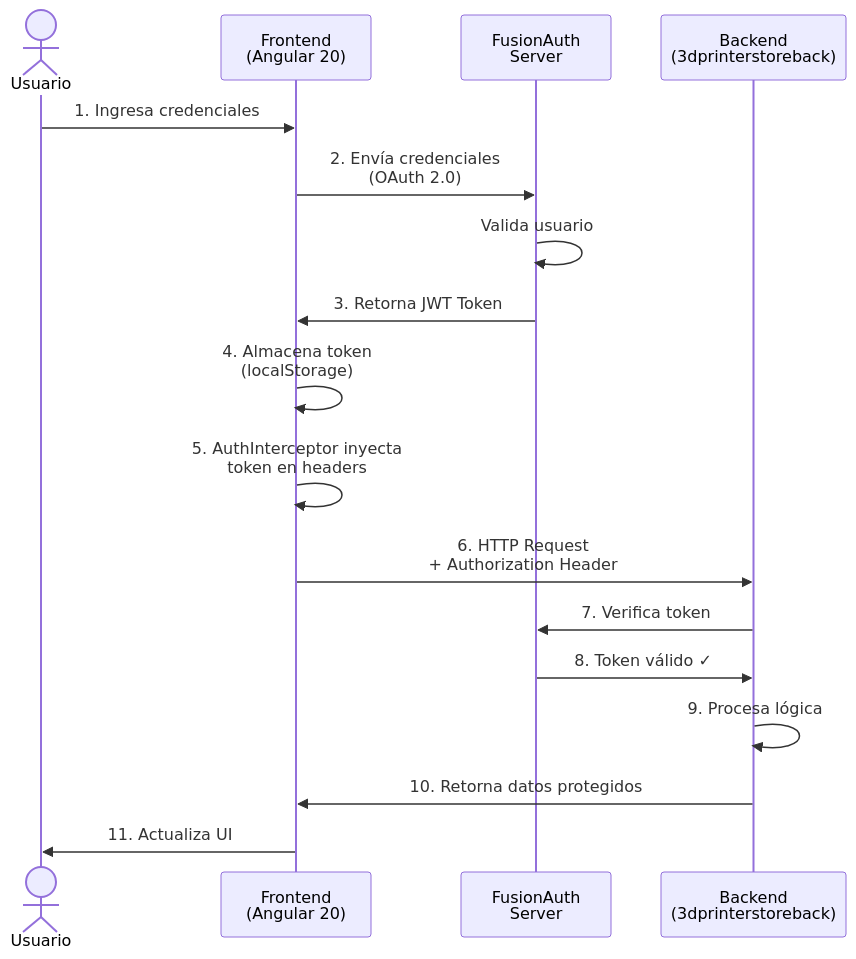
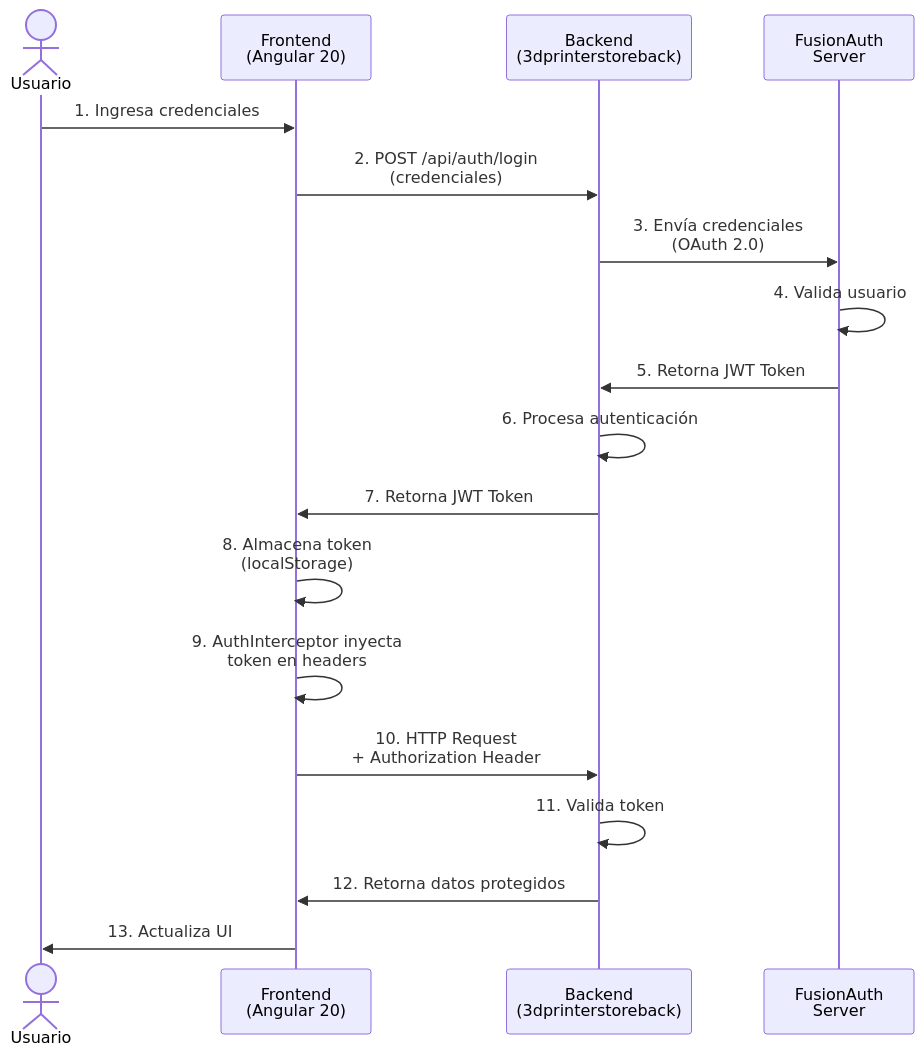
Before and after one commit to daniloescobar15/3dPrinterStoreFront: the second of 2 diagrams in README.md, drawn with Mermaid. The commit also changed other lines of this file, not shown here.

Commit message:
documentacion

````diff
--- a/README.md
+++ b/README.md
@@ -63,20 +62,21 @@
 ```mermaid
 sequenceDiagram
     actor User as Usuario
     participant Frontend as Frontend<br/>(Angular 20)
+    participant Backend as Backend<br/>(3dprinterstoreback)
     participant FusionAuth as FusionAuth<br/>Server
-    participant Backend as Backend<br/>(3dprinterstoreback)
     
     User->>Frontend: 1. Ingresa credenciales
-    Frontend->>FusionAuth: 2. Envía credenciales<br/>(OAuth 2.0)
-    FusionAuth->>FusionAuth: Valida usuario
-    FusionAuth->>Frontend: 3. Retorna JWT Token
-    Frontend->>Frontend: 4. Almacena token<br/>(localStorage)
-    Frontend->>Frontend: 5. AuthInterceptor inyecta<br/>token en headers
-    Frontend->>Backend: 6. HTTP Request<br/>+ Authorization Header
-    Backend->>FusionAuth: 7. Verifica token
-    FusionAuth->>Backend: 8. Token válido ✓
-    Backend->>Backend: 9. Procesa lógica
-    Backend->>Frontend: 10. Retorna datos protegidos
-    Frontend->>User: 11. Actualiza UI
+    Frontend->>Backend: 2. POST /api/auth/login<br/>(credenciales)
+    Backend->>FusionAuth: 3. Envía credenciales<br/>(OAuth 2.0)
+    FusionAuth->>FusionAuth: 4. Valida usuario
+    FusionAuth->>Backend: 5. Retorna JWT Token
+    Backend->>Backend: 6. Procesa autenticación
+    Backend->>Frontend: 7. Retorna JWT Token
+    Frontend->>Frontend: 8. Almacena token<br/>(localStorage)
+    Frontend->>Frontend: 9. AuthInterceptor inyecta<br/>token en headers
+    Frontend->>Backend: 10. HTTP Request<br/>+ Authorization Header
+    Backend->>Backend: 11. Valida token
+    Backend->>Frontend: 12. Retorna datos protegidos
+    Frontend->>User: 13. Actualiza UI
 ```
````
